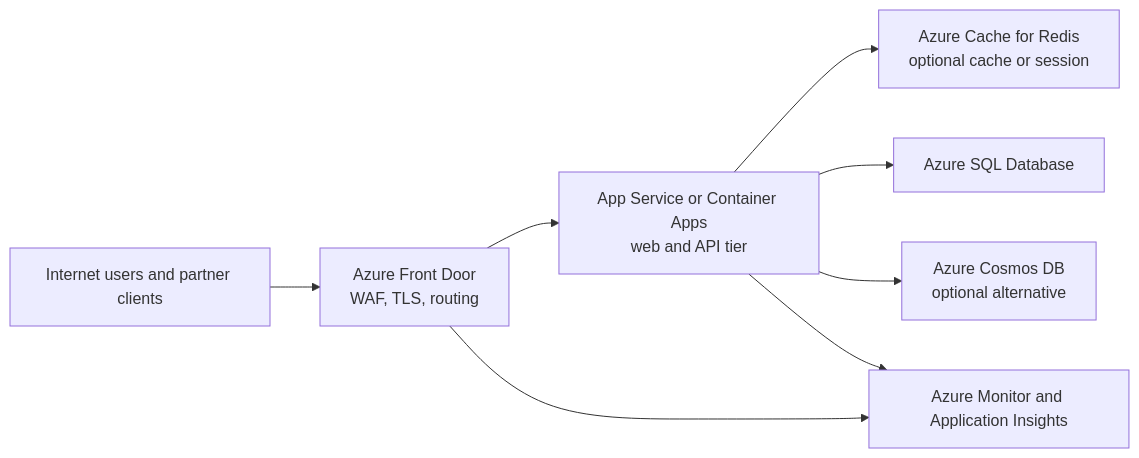
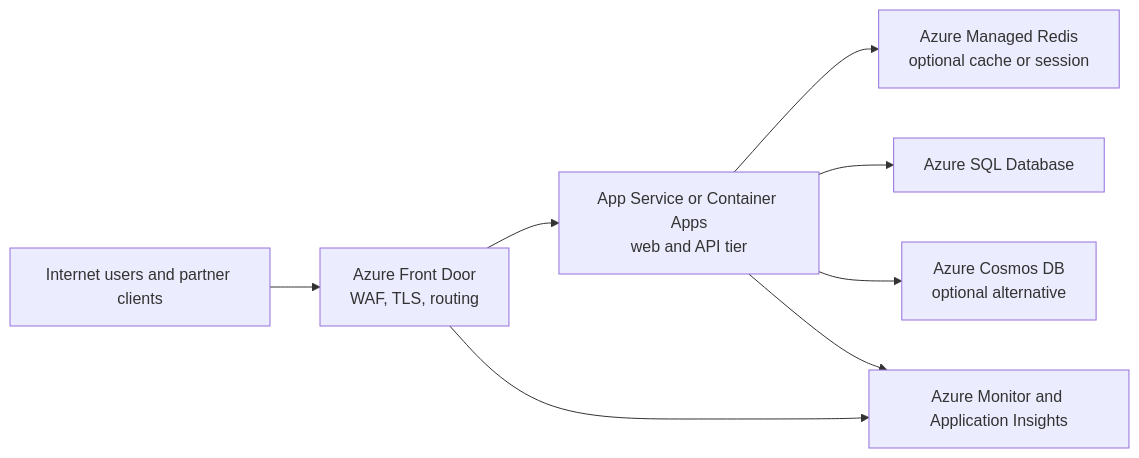
Before and after one commit to yeongseon/azure-architecture-practical-guide: the diagram in docs/workload-guides/public-web-api/baseline.md, drawn with Mermaid. The commit also changed other lines of this file and 31 other files, not shown here.

````diff
--- a/docs/workload-guides/public-web-api/baseline.md
+++ b/docs/workload-guides/public-web-api/baseline.md
@@ -24,17 +24,17 @@
 ```mermaid
 flowchart LR
     Users[Internet users and partner clients]
     FD[Azure Front Door\nWAF, TLS, routing]
     Web[App Service or Container Apps\nweb and API tier]
-    Redis[Azure Cache for Redis\noptional cache or session]
+    Redis[Azure Managed Redis\noptional cache or session]
     SQL[Azure SQL Database]
     Cosmos[Azure Cosmos DB\noptional alternative]
     Monitor[Azure Monitor and Application Insights]
 
     Users --> FD --> Web
     Web --> Redis
     Web --> SQL
     Web --> Cosmos
     Web --> Monitor
     FD --> Monitor
 ```
````
